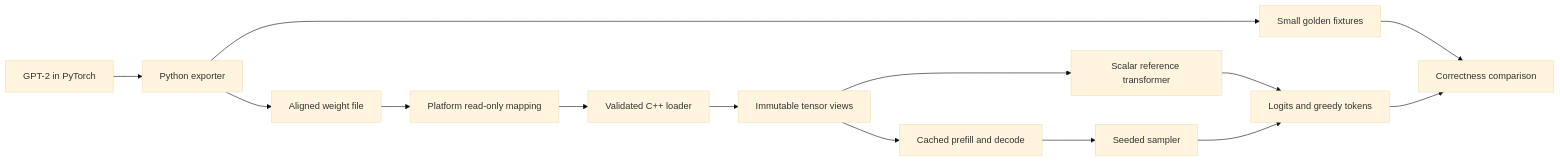
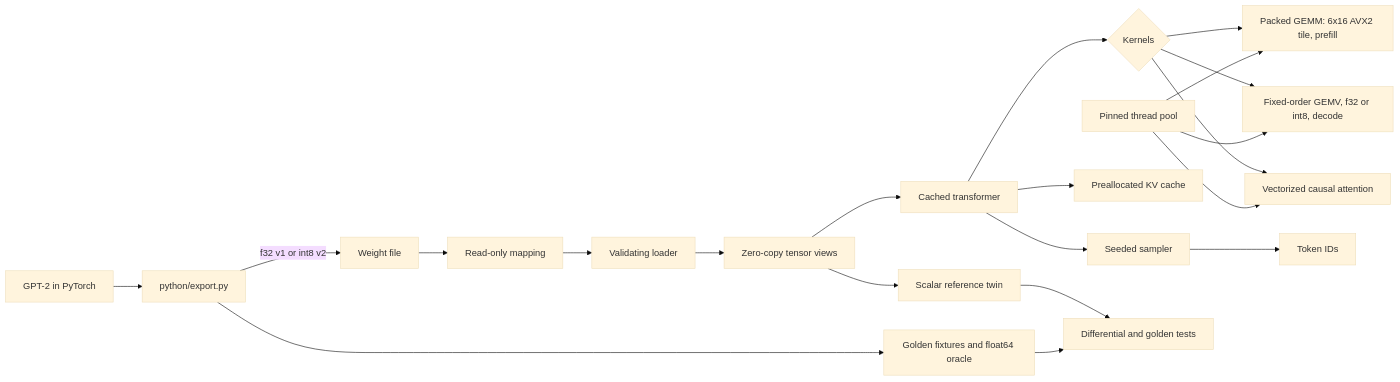
The diagram in README.md (ArnavLifelessCoder/nanoinfer), drawn with Mermaid (base theme) before and after one commit. The commit also changed other lines of this file, not shown here.

````diff
--- a/README.md
+++ b/README.md
@@ -33,16 +55,23 @@
 ```mermaid
 flowchart LR
-    HF[GPT-2 in PyTorch] --> E[Python exporter]
-    E --> W[Aligned weight file]
-    E --> G[Small golden fixtures]
-    W --> P[Platform read-only mapping]
-    P --> L[Validated C++ loader]
-    L --> V[Immutable tensor views]
-    V --> R[Scalar reference transformer]
-    R --> O[Logits and greedy tokens]
-    V --> K[Cached prefill and decode]
-    K --> S[Seeded sampler]
-    S --> O
-    G --> C[Correctness comparison]
-    O --> C
+    HF[GPT-2 in PyTorch] --> E[python/export.py]
+    E -->|f32 v1 or int8 v2| W[Weight file]
+    E --> G[Golden fixtures and float64 oracle]
+    W --> M[Read-only mapping]
+    M --> L[Validating loader]
+    L --> V[Zero-copy tensor views]
+    V --> C[Cached transformer]
+    C --> K{Kernels}
+    K --> GEMM[Packed GEMM: 6x16 AVX2 tile, prefill]
+    K --> GEMV[Fixed-order GEMV, f32 or int8, decode]
+    K --> ATT[Vectorized causal attention]
+    P[Pinned thread pool] --> GEMM
+    P --> GEMV
+    P --> ATT
+    C --> KV[Preallocated KV cache]
+    C --> S[Seeded sampler]
+    S --> T[Token IDs]
+    V --> R[Scalar reference twin]
+    R --> X[Differential and golden tests]
+    G --> X
 ```
````
